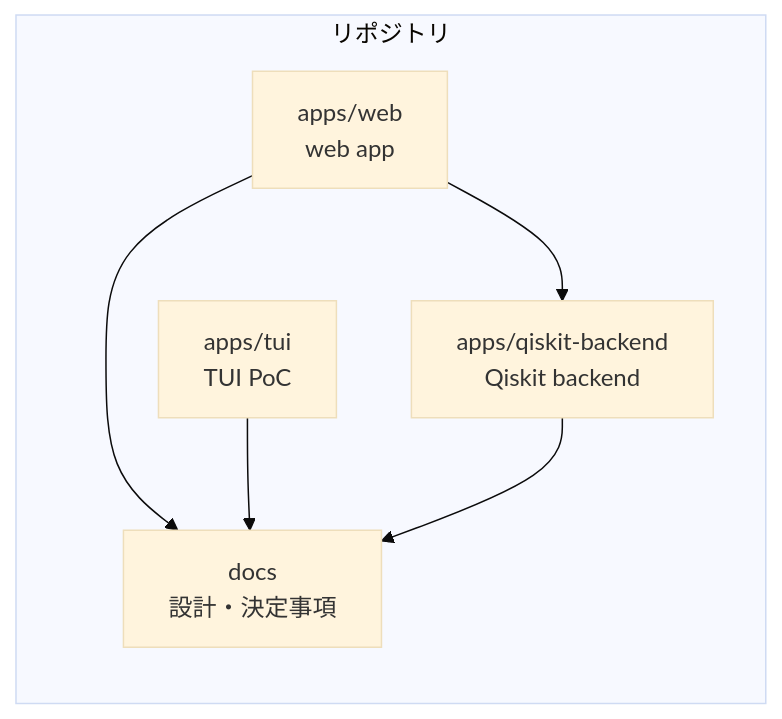
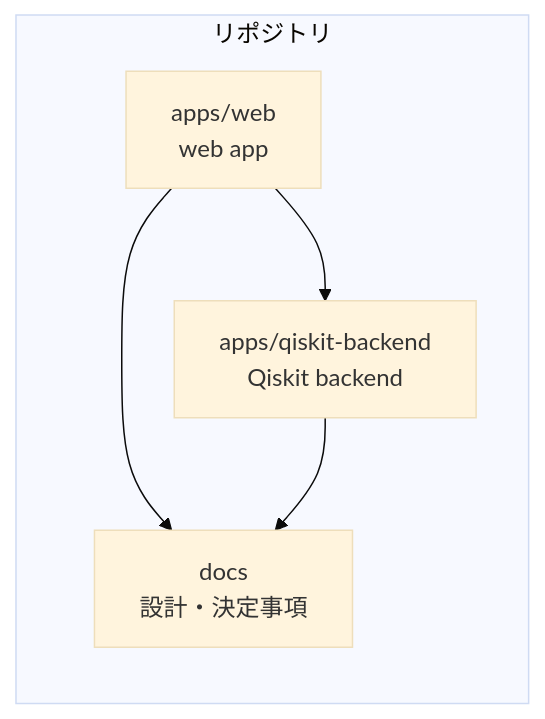
One commit to qniapp/qni-webgpu changed the first of 4 diagrams in docs/architecture.md. Above: the diagram before and after it, drawn with Mermaid (base theme). The commit also changed other lines of this file and 130 other files, not shown here.

````diff
--- a/docs/architecture.md
+++ b/docs/architecture.md
@@ -14,13 +13,11 @@
 ```mermaid
 flowchart LR
   subgraph repo[リポジトリ]
     web[apps/web<br/>web app]
-    tui[apps/tui<br/>TUI PoC]
     backend[apps/qiskit-backend<br/>Qiskit backend]
     docs[docs<br/>設計・決定事項]
   end
   web --> backend
   web --> docs
-  tui --> docs
   backend --> docs
 ```
````
